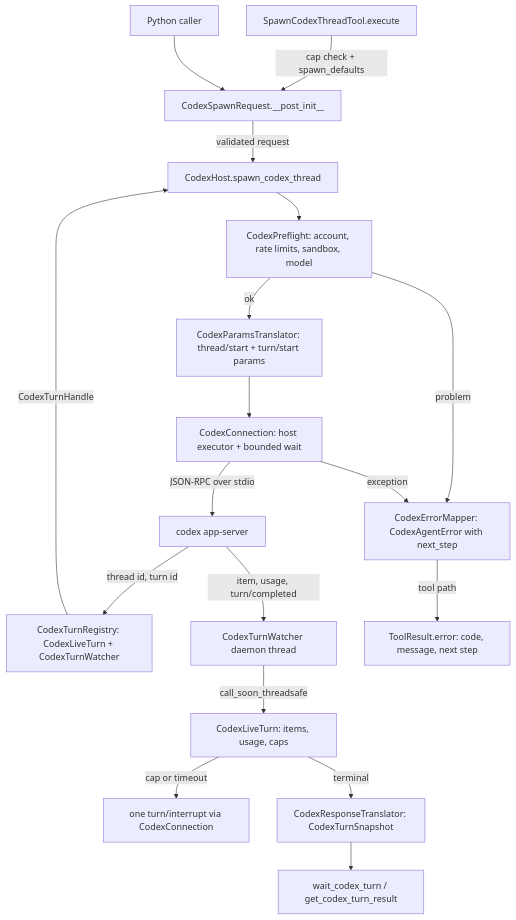
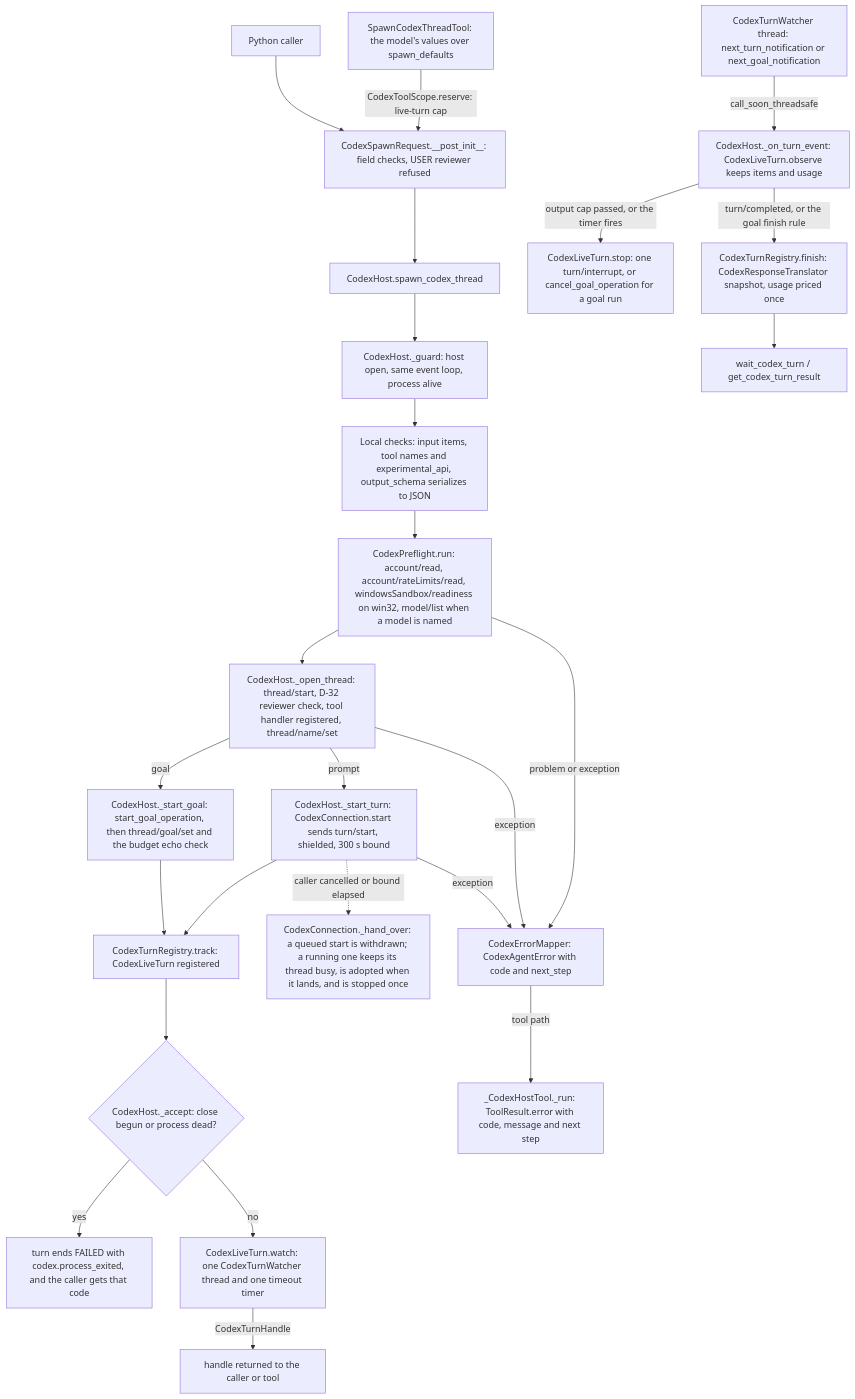
Before and after one commit to cerredz/Vidbyte-SDK: the first of 3 diagrams in docs/spec/codex-host/spec.md, drawn with Mermaid. The commit also changed other lines of this file and 2 other files, not shown here.

First line of the commit message:
docs(spec): finalize codex-host for PR

````diff
--- a/docs/spec/codex-host/spec.md
+++ b/docs/spec/codex-host/spec.md
@@ -147,20 +149,27 @@
 ```mermaid
 flowchart TD
-  T["SpawnCodexThreadTool.execute"] -->|"cap check + spawn_defaults"| B
-  P["Python caller"] --> B
-  B["CodexSpawnRequest.__post_init__"] -->|"validated request"| A["CodexHost.spawn_codex_thread"]
-  A --> C["CodexPreflight: account, rate limits, sandbox, model"]
-  C -->|problem| X["CodexErrorMapper: CodexAgentError with next_step"]
-  C -->|ok| D["CodexParamsTranslator: thread/start + turn/start params"]
-  D --> E["CodexConnection: host executor + bounded wait"]
-  E -->|"JSON-RPC over stdio"| F["codex app-server"]
-  F -->|"thread id, turn id"| G["CodexTurnRegistry: CodexLiveTurn + CodexTurnWatcher"]
-  G -->|CodexTurnHandle| A
-  F -->|"item, usage, turn/completed"| H["CodexTurnWatcher daemon thread"]
-  H -->|call_soon_threadsafe| I["CodexLiveTurn: items, usage, caps"]
-  I -->|"cap or timeout"| J["one turn/interrupt via CodexConnection"]
-  I -->|terminal| K["CodexResponseTranslator: CodexTurnSnapshot"]
-  K --> L["wait_codex_turn / get_codex_turn_result"]
-  E -->|exception| X
-  X -->|"tool path"| N["ToolResult.error: code, message, next step"]
+  T["SpawnCodexThreadTool: the model's values over spawn_defaults"] -->|"CodexToolScope.reserve: live-turn cap"| R
+  P["Python caller"] --> R["CodexSpawnRequest.__post_init__: field checks, USER reviewer refused"]
+  R --> A["CodexHost.spawn_codex_thread"]
+  A --> G["CodexHost._guard: host open, same event loop, process alive"]
+  G --> L["Local checks: input items, tool names and experimental_api, output_schema serializes to JSON"]
+  L --> C["CodexPreflight.run: account/read, account/rateLimits/read, windowsSandbox/readiness on win32, model/list when a model is named"]
+  C --> O["CodexHost._open_thread: thread/start, D-32 reviewer check, tool handler registered, thread/name/set"]
+  O -->|prompt| S["CodexHost._start_turn: CodexConnection.start sends turn/start, shielded, 300 s bound"]
+  O -->|goal| Q["CodexHost._start_goal: start_goal_operation, then thread/goal/set and the budget echo check"]
+  S --> K["CodexTurnRegistry.track: CodexLiveTurn registered"]
+  Q --> K
+  K --> AC{"CodexHost._accept: close begun or process dead?"}
+  AC -->|yes| XD["turn ends FAILED with codex.process_exited, and the caller gets that code"]
+  AC -->|no| WA["CodexLiveTurn.watch: one CodexTurnWatcher thread and one timeout timer"]
+  WA -->|CodexTurnHandle| OUT["handle returned to the caller or tool"]
+  S -.->|"caller cancelled or bound elapsed"| HO["CodexConnection._hand_over: a queued start is withdrawn; a running one keeps its thread busy, is adopted when it lands, and is stopped once"]
+  WT["CodexTurnWatcher thread: next_turn_notification or next_goal_notification"] -->|call_soon_threadsafe| EV["CodexHost._on_turn_event: CodexLiveTurn.observe keeps items and usage"]
+  EV -->|"output cap passed, or the timer fires"| ST["CodexLiveTurn.stop: one turn/interrupt, or cancel_goal_operation for a goal run"]
+  EV -->|"turn/completed, or the goal finish rule"| FN["CodexTurnRegistry.finish: CodexResponseTranslator snapshot, usage priced once"]
+  FN --> W["wait_codex_turn / get_codex_turn_result"]
+  C -->|"problem or exception"| X["CodexErrorMapper: CodexAgentError with code and next_step"]
+  O -->|exception| X
+  S -->|exception| X
+  X -->|"tool path"| TR["_CodexHostTool._run: ToolResult.error with code, message and next step"]
 ```
````
